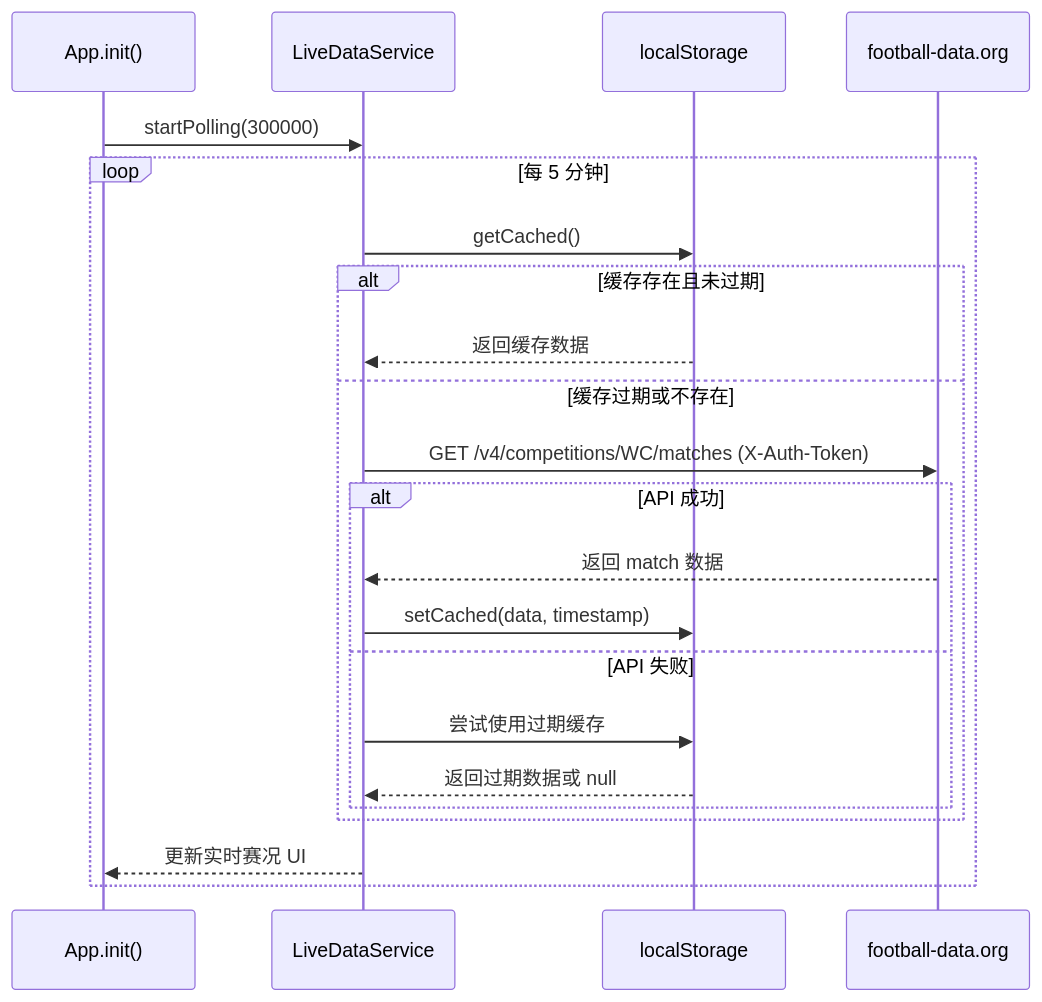
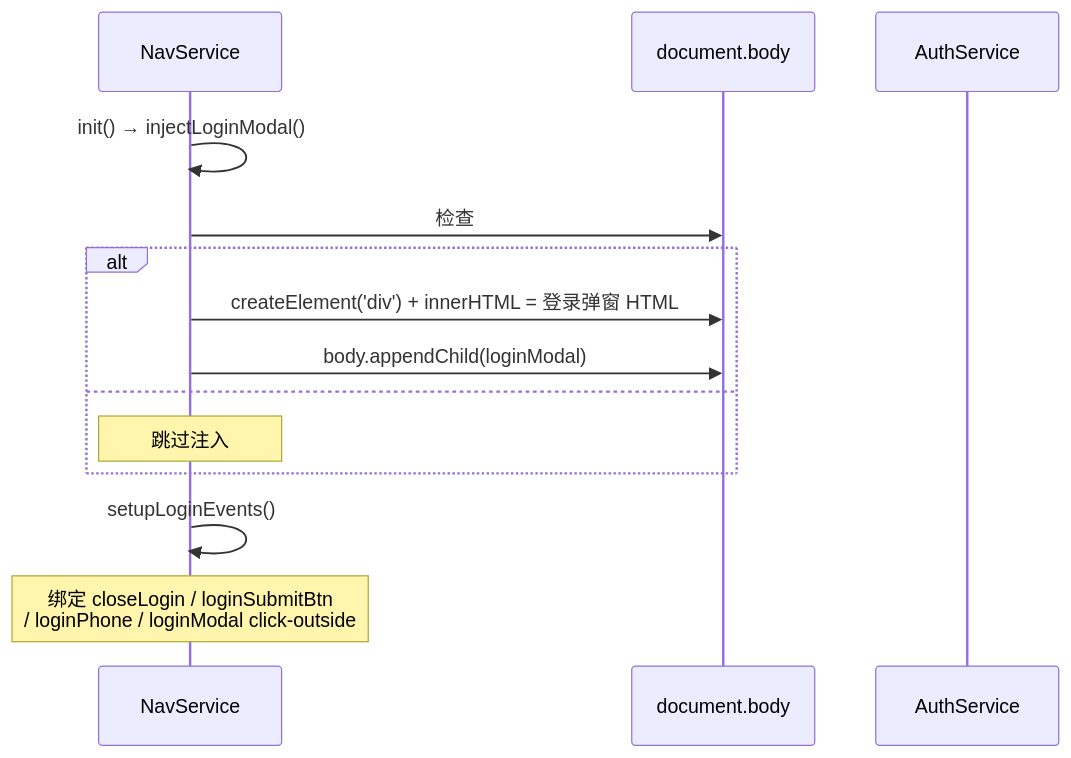
The fifth of 6 diagrams in docs/ARCHITECTURE.md (jyuxin1997-arch/mbti-cosmos), drawn with Mermaid before and after one commit. The commit also changed other lines of this file and 25 other files, not shown here.

````diff
--- a/docs/ARCHITECTURE.md
+++ b/docs/ARCHITECTURE.md
@@ -448,26 +446,17 @@
 ```mermaid
 sequenceDiagram
-    participant APP as App.init()
-    participant LD as LiveDataService
-    participant Cache as localStorage
-    participant API as football-data.org
+    participant Nav as NavService
+    participant DOM as document.body
+    participant Auth as AuthService
 
-    APP->>LD: startPolling(300000)
-
-    loop 每 5 分钟
-        LD->>Cache: getCached()
-        alt 缓存存在且未过期
-            Cache-->>LD: 返回缓存数据
-        else 缓存过期或不存在
-            LD->>API: GET /v4/competitions/WC/matches (X-Auth-Token)
-            alt API 成功
-                API-->>LD: 返回 match 数据
-                LD->>Cache: setCached(data, timestamp)
-            else API 失败
-                LD->>Cache: 尝试使用过期缓存
-                Cache-->>LD: 返回过期数据或 null
-            end
-        end
-        LD-->>APP: 更新实时赛况 UI
+    Nav->>Nav: init() → injectLoginModal()
+    Nav->>DOM: 检查 #loginModal 是否存在
+    alt #loginModal 不存在
+        Nav->>DOM: createElement('div') + innerHTML = 登录弹窗 HTML
+        Nav->>DOM: body.appendChild(loginModal)
+    else #loginModal 已存在
+        Note over Nav: 跳过注入
     end
+    Nav->>Nav: setupLoginEvents()
+    Note over Nav: 绑定 closeLogin / loginSubmitBtn<br/>/ loginPhone / loginModal click-outside
 ```
````
